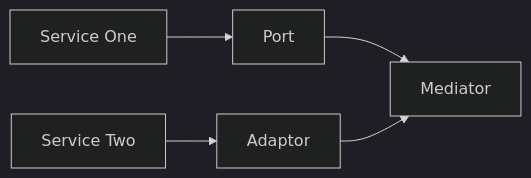
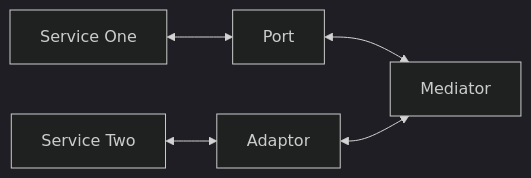
One commit to zaransage/api-translator changed the first of 4 diagrams in README.md. Above: the diagram before and after it, drawn with Mermaid (dark theme). The commit also changed other lines of this file, not shown here.

````diff
--- a/README.md
+++ b/README.md
@@ -23,8 +33,8 @@
 ```mermaid
 flowchart LR
 
-A[Service One] --> B[Port] --> C[Mediator]
+A[Service One] <--> B[Port] <--> C[Mediator]
 
-D[Service Two] --> E[Adaptor] --> C[Mediator]
+D[Service Two] <--> E[Adaptor] <--> C[Mediator]
 
 ```
````
